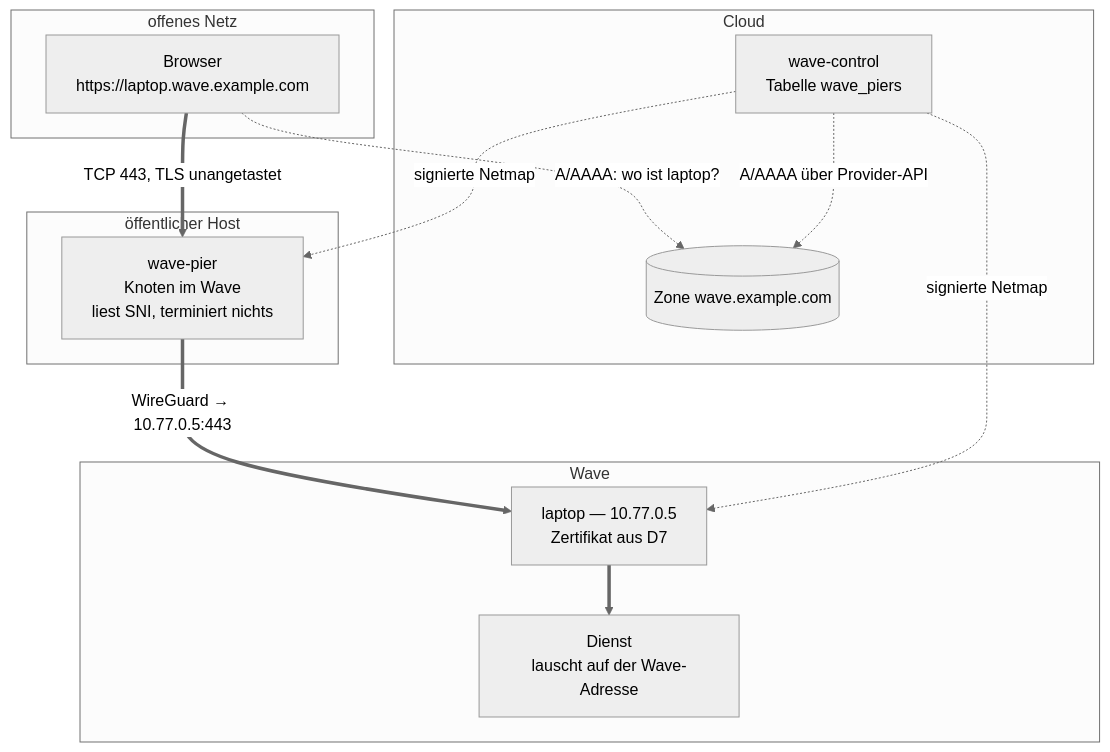
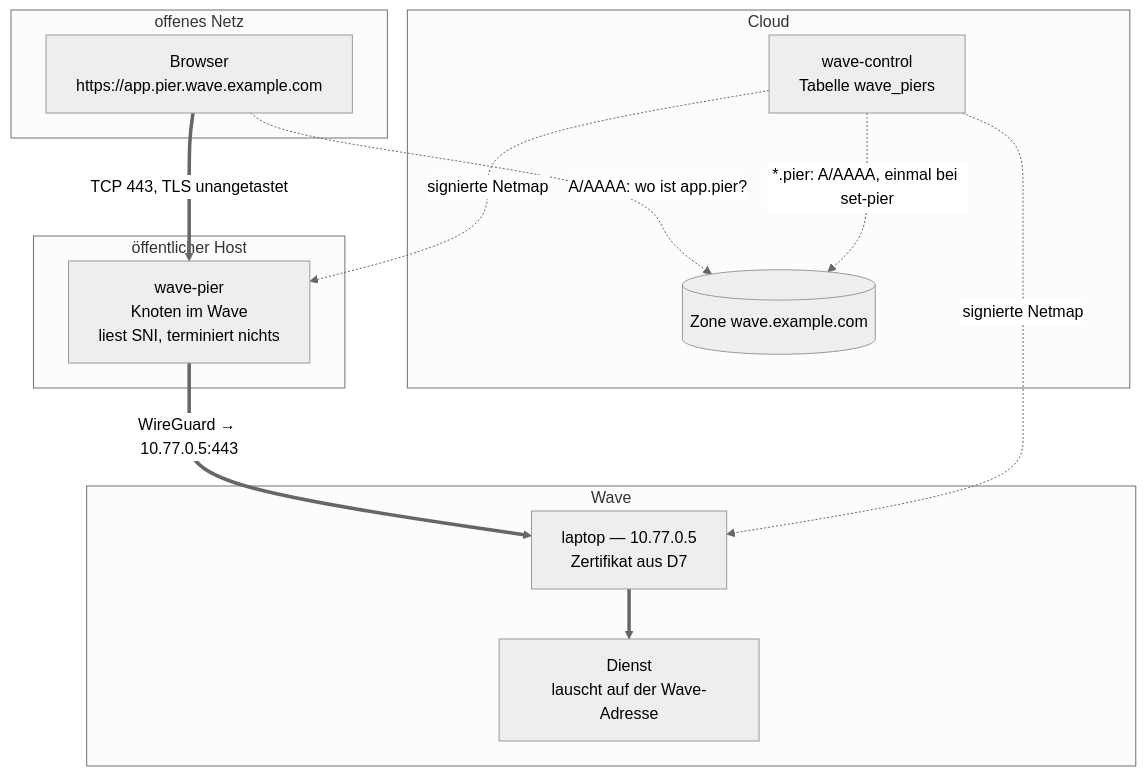
Before and after one commit to moellenbeck-digital/wave-mesh: the third of 5 diagrams in docs/PLAN.md, drawn with Mermaid (neutral theme). The commit also changed other lines of this file and 45 other files, not shown here.

First line of the commit message:
Pier names get a zone of their own; image renamed to wave-pier

````diff
--- a/docs/PLAN.md
+++ b/docs/PLAN.md
@@ -675,28 +676,28 @@
 ```mermaid
 graph TB
   subgraph Netz["offenes Netz"]
-    B["Browser<br/>https://laptop.wave.example.com"]
+    B["Browser<br/>https://app.pier.wave.example.com"]
   end
 
   subgraph Host["öffentlicher Host"]
     F["wave-pier<br/>Knoten im Wave<br/>liest SNI, terminiert nichts"]
   end
 
   subgraph W["Wave"]
     N["laptop — 10.77.0.5<br/>Zertifikat aus D7"]
     S["Dienst<br/>lauscht auf der Wave-Adresse"]
   end
 
   subgraph Cloud
     C["wave-control<br/>Tabelle wave_piers"]
     Z[("Zone wave.example.com")]
   end
 
   B ==>|"TCP 443, TLS unangetastet"| F
   F ==>|"WireGuard → 10.77.0.5:443"| N
   N ==> S
-  B -.->|"A/AAAA: wo ist laptop?"| Z
-  C -.->|"A/AAAA über Provider-API"| Z
+  B -.->|"A/AAAA: wo ist app.pier?"| Z
+  C -.->|"*.pier: A/AAAA, einmal bei set-pier"| Z
   C -.->|signierte Netmap| F
   C -.->|signierte Netmap| N
 ```
````
